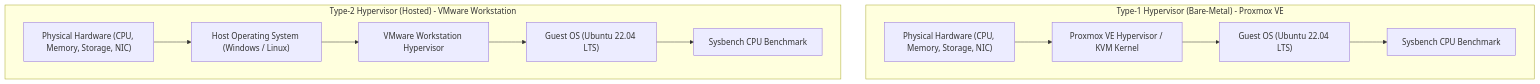
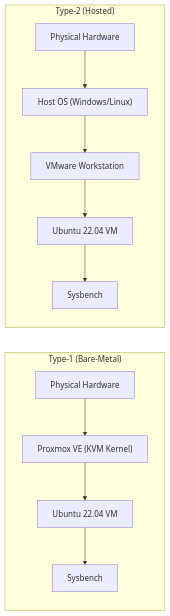
Before and after one commit to ADITYAGAVIMATH/Hypervisor-Analysis: the diagram in README.md, drawn with Mermaid. The commit also changed other lines of this file and 1 other file, not shown here.

````diff
--- a/README.md
+++ b/README.md
@@ -45,26 +18,12 @@
 ```mermaid
-flowchart TD
-    subgraph Type1["Type-1 Hypervisor (Bare-Metal) - Proxmox VE"]
-        HW1["Physical Hardware (CPU, Memory, Storage, NIC)"]
-        HYP1["Proxmox VE Hypervisor / KVM Kernel"]
-        VM1["Guest OS (Ubuntu 22.04 LTS)"]
-        APP1["Sysbench CPU Benchmark"]
-        
-        HW1 --> HYP1
-        HYP1 --> VM1
-        VM1 --> APP1
+flowchart LR
+    subgraph T1["Type-1 (Bare-Metal)"]
+        direction TB
+        H1["Physical Hardware"] --> P1["Proxmox VE (KVM Kernel)"] --> U1["Ubuntu 22.04 VM"] --> S1["Sysbench"]
     end
 
-    subgraph Type2["Type-2 Hypervisor (Hosted) - VMware Workstation"]
-        HW2["Physical Hardware (CPU, Memory, Storage, NIC)"]
-        HOSTOS["Host Operating System (Windows / Linux)"]
-        HYP2["VMware Workstation Hypervisor"]
-        VM2["Guest OS (Ubuntu 22.04 LTS)"]
-        APP2["Sysbench CPU Benchmark"]
-        
-        HW2 --> HOSTOS
-        HOSTOS --> HYP2
-        HYP2 --> VM2
-        VM2 --> APP2
+    subgraph T2["Type-2 (Hosted)"]
+        direction TB
+        H2["Physical Hardware"] --> OS2["Host OS (Windows/Linux)"] --> V2["VMware Workstation"] --> U2["Ubuntu 22.04 VM"] --> S2["Sysbench"]
     end
 ```
````
